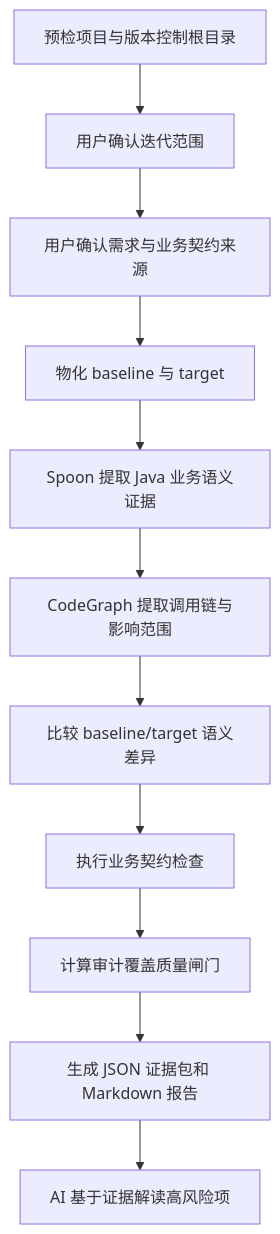
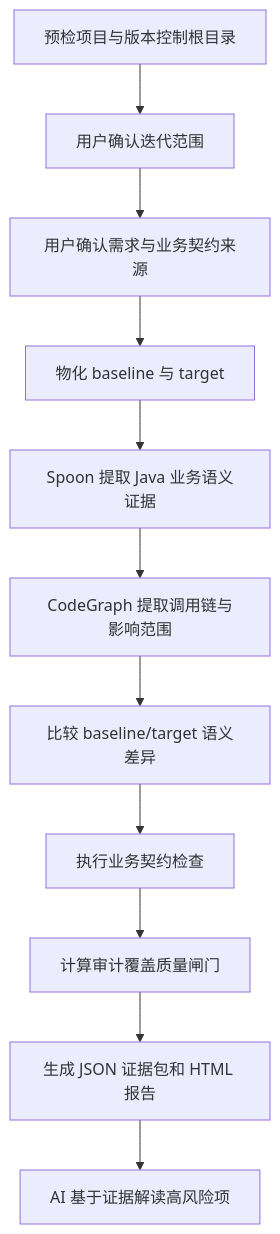
The diagram in README.md (jiaheng6/code-change-check), drawn with Mermaid before and after one commit. The commit also changed other lines of this file and 10 other files, not shown here.

````diff
--- a/README.md
+++ b/README.md
@@ -108,13 +108,13 @@
 ```mermaid
 flowchart TD
     A["预检项目与版本控制根目录"] --> B["用户确认迭代范围"]
     B --> C["用户确认需求与业务契约来源"]
     C --> D["物化 baseline 与 target"]
     D --> E["Spoon 提取 Java 业务语义证据"]
     E --> F["CodeGraph 提取调用链与影响范围"]
     F --> G["比较 baseline/target 语义差异"]
     G --> H["执行业务契约检查"]
     H --> I["计算审计覆盖质量闸门"]
-    I --> J["生成 JSON 证据包和 Markdown 报告"]
+    I --> J["生成 JSON 证据包和 HTML 报告"]
     J --> K["AI 基于证据解读高风险项"]
 ```
````
